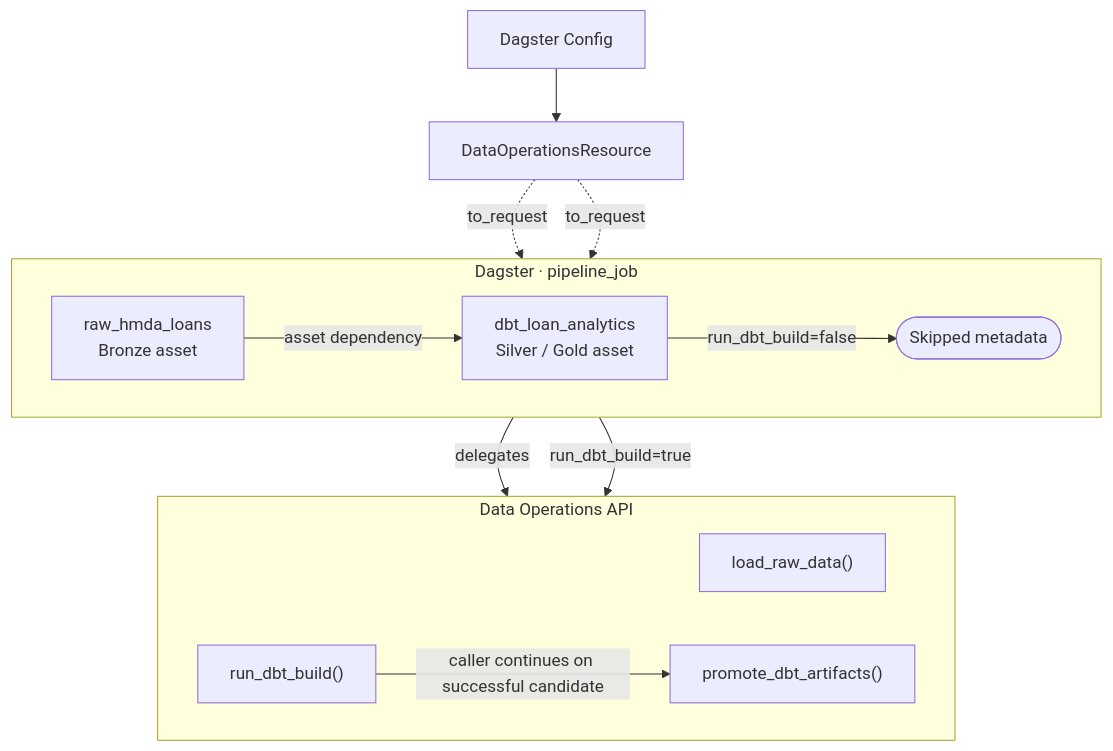
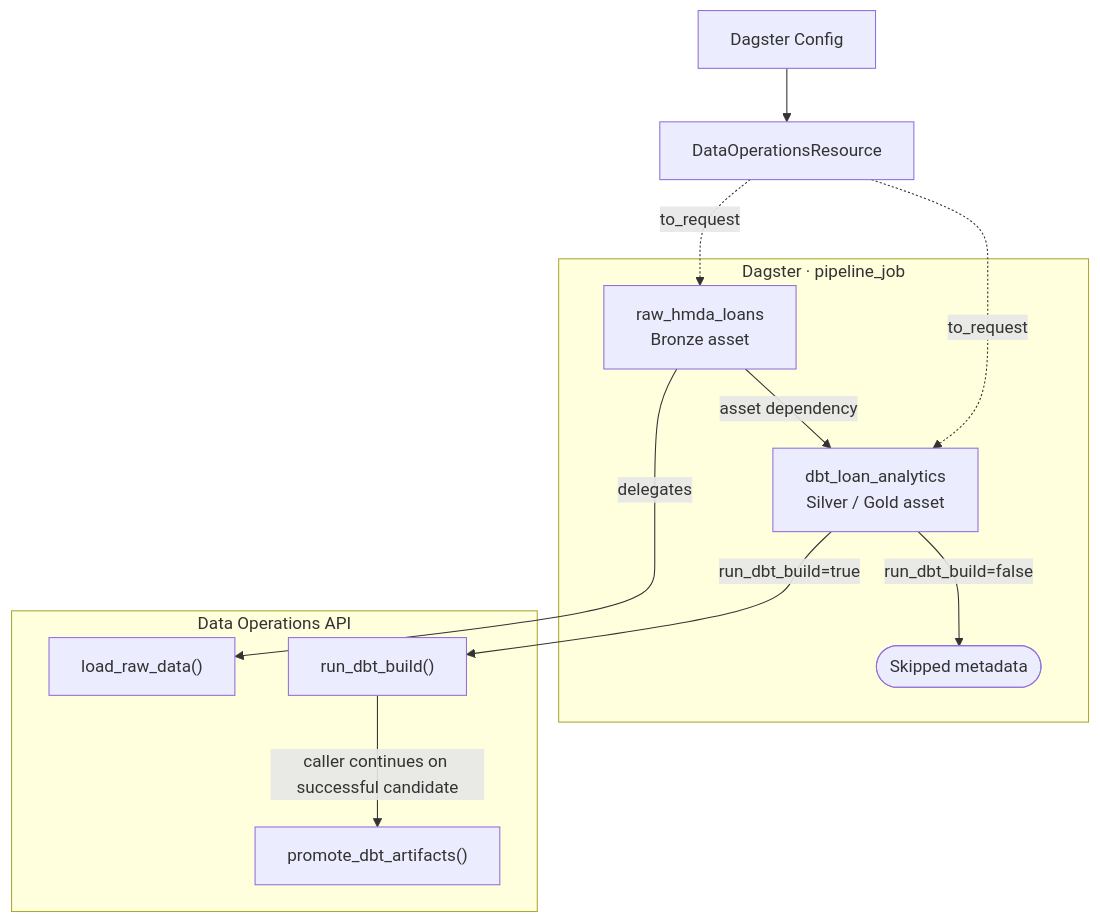
The diagram in docs/domains/orchestration.md (mols3131d/hmda-data-reliability), drawn with Mermaid before and after one commit.

Commit message:
docs: simplify orchestration Mermaid layout

````diff
--- a/docs/domains/orchestration.md
+++ b/docs/domains/orchestration.md
@@ -23,21 +23,19 @@
 ```mermaid
 flowchart TB
     config["Dagster Config"] --> resource["DataOperationsResource"]
 
     subgraph dagster ["Dagster · pipeline_job"]
-        direction LR
         raw["raw_hmda_loans<br/>Bronze asset"] -->|asset dependency| dbt["dbt_loan_analytics<br/>Silver / Gold asset"]
         dbt -->|run_dbt_build=false| skipped(["Skipped metadata"])
     end
 
     subgraph application ["Data Operations API"]
-        direction LR
         load["load_raw_data()"]
         build["run_dbt_build()"] -->|caller continues on successful candidate| promote["promote_dbt_artifacts()"]
     end
 
     resource -.->|to_request| raw
     resource -.->|to_request| dbt
     raw -->|delegates| load
     dbt -->|run_dbt_build=true| build
 ```
````
